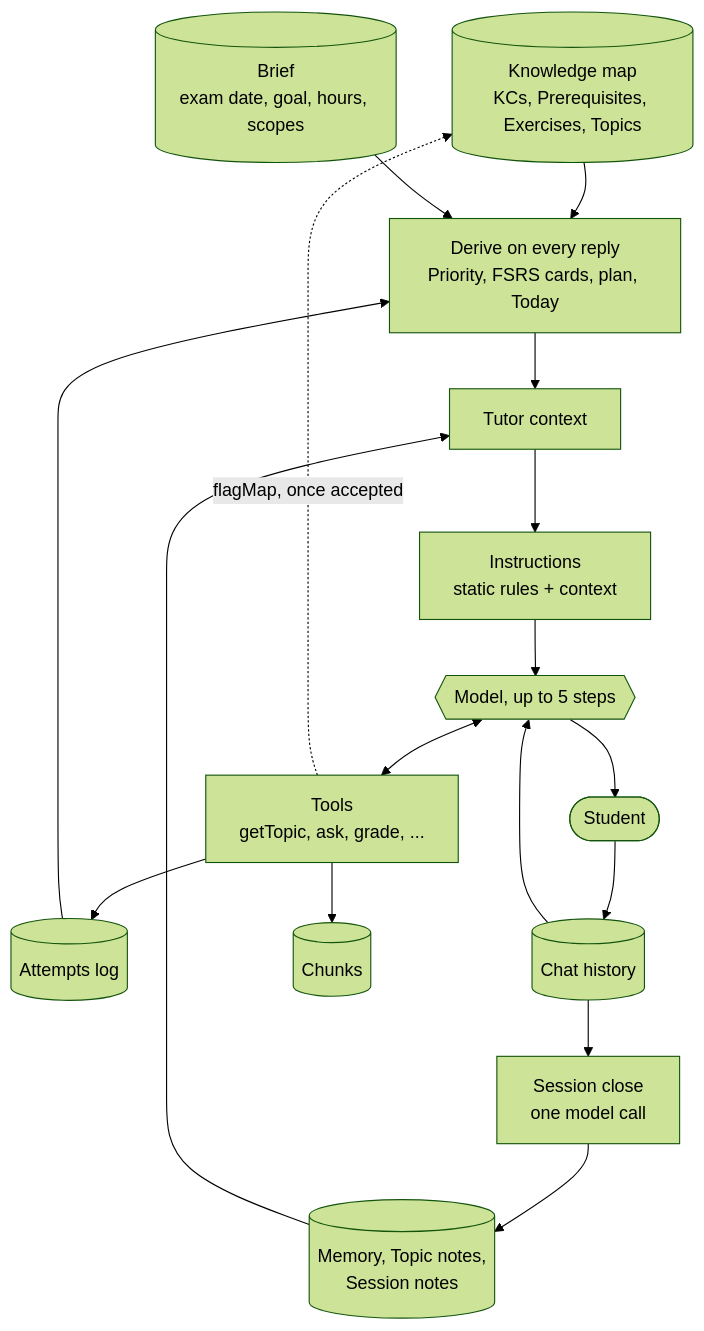
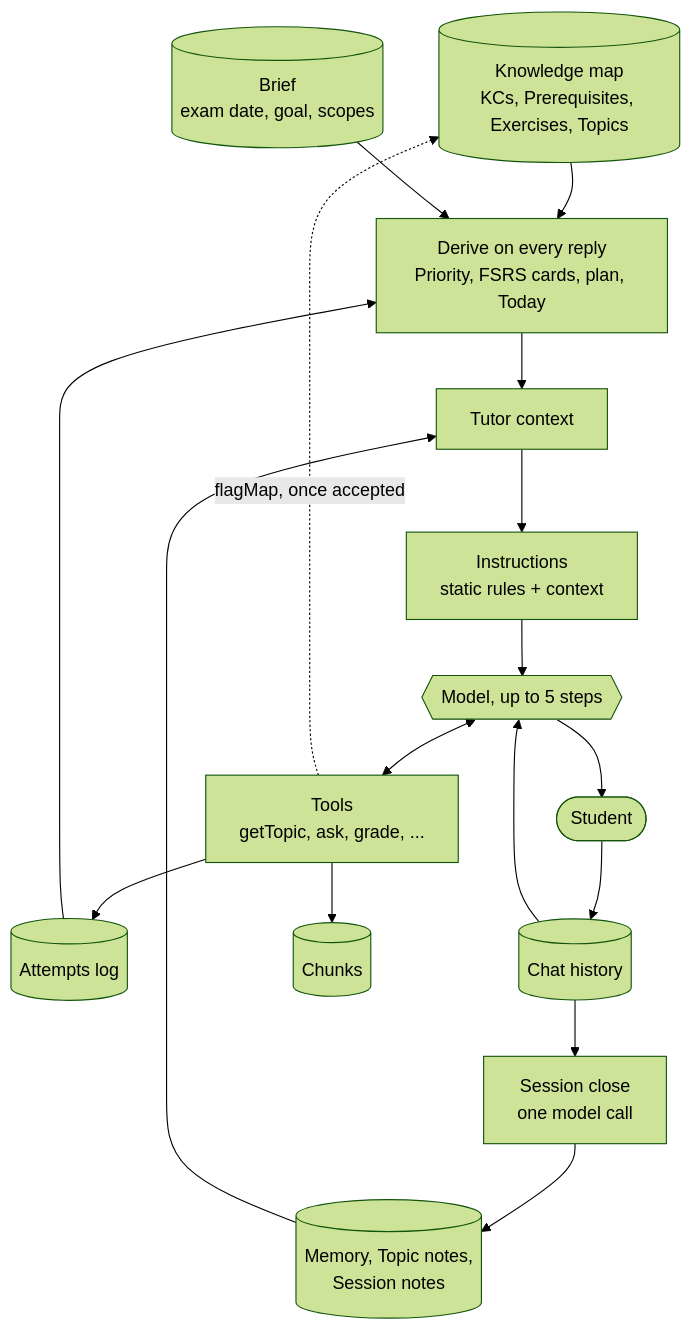
Before and after one commit to 69420pm/project-mastery: the first of 3 diagrams in docs/features/tutoring.md, drawn with Mermaid (forest theme). The commit also changed other lines of this file and 60 other files, not shown here.

````diff
--- a/docs/features/tutoring.md
+++ b/docs/features/tutoring.md
@@ -17,25 +17,25 @@
 ```mermaid
 flowchart TD
   map[("Knowledge map<br/>KCs, Prerequisites, Exercises, Topics")]
-  brief[("Brief<br/>exam date, goal, hours, scopes")]
+  brief[("Brief<br/>exam date, goal, scopes")]
   log[("Attempts log")]
   notes[("Memory, Topic notes,<br/>Session notes")]
 
   map --> derive
   brief --> derive
   log --> derive
   derive["Derive on every reply<br/>Priority, FSRS cards, plan, Today"]
   derive --> context["Tutor context"]
   notes --> context
   context --> prompt["Instructions<br/>static rules + context"]
   history[("Chat history")] --> model
   prompt --> model{{"Model, up to 5 steps"}}
   model <--> tools["Tools<br/>getTopic, ask, grade, ..."]
   tools --> log
   tools --> sources[("Chunks")]
   model --> student(["Student"])
   student --> history
   tools -. "flagMap, once accepted" .-> map
   history --> close["Session close<br/>one model call"]
   close --> notes
 ```
````
